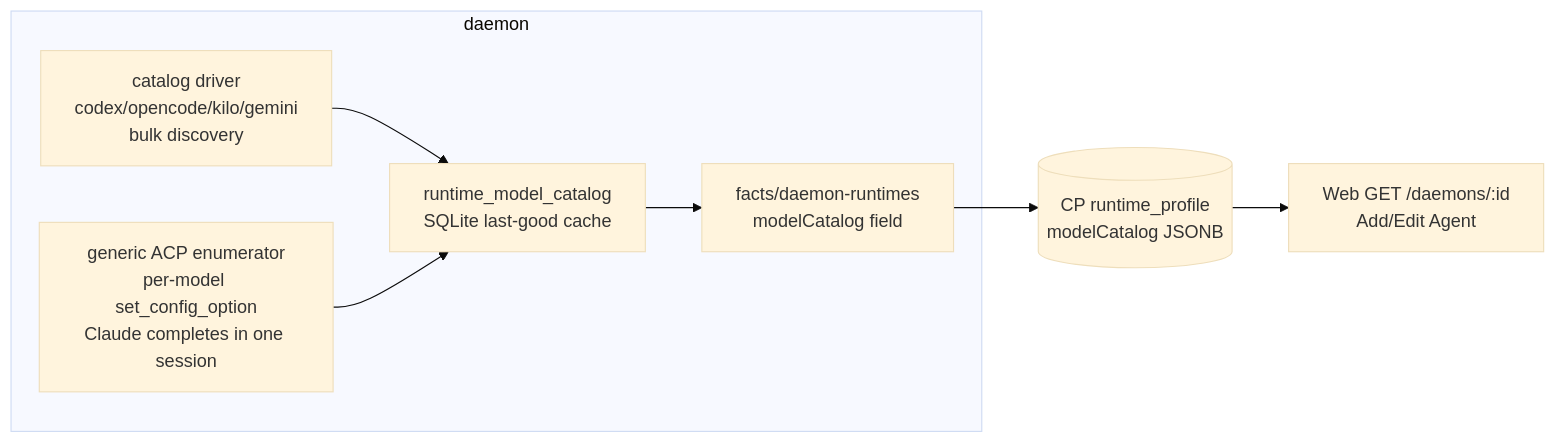
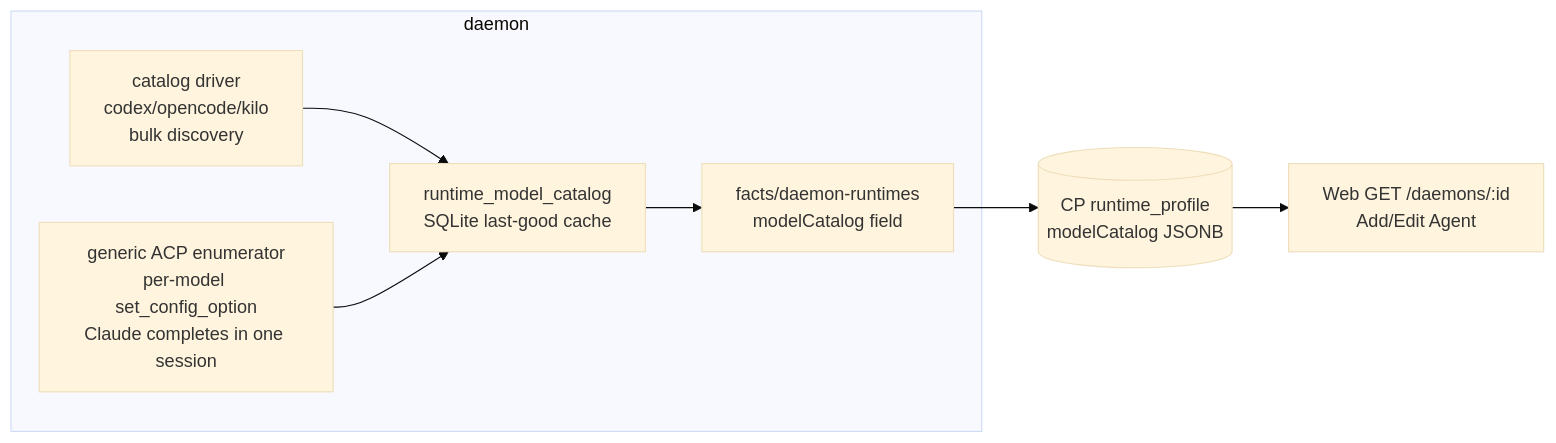
One commit to agentconnect-md/agentconnect changed the first of 2 diagrams in docs/designs/runtime-model-catalog.md. Above: the diagram before and after it, drawn with Mermaid (base theme). The commit also changed other lines of this file and 26 other files, not shown here.

````diff
--- a/docs/designs/runtime-model-catalog.md
+++ b/docs/designs/runtime-model-catalog.md
@@ -77,10 +77,10 @@
 ```mermaid
 flowchart LR
   subgraph daemon
-    D1[catalog driver<br/>codex/opencode/kilo/gemini<br/>bulk discovery] --> M
+    D1[catalog driver<br/>codex/opencode/kilo<br/>bulk discovery] --> M
     D2[generic ACP enumerator<br/>per-model set_config_option<br/>Claude completes in one session] --> M
     M[runtime_model_catalog<br/>SQLite last-good cache] --> R[facts/daemon-runtimes<br/>modelCatalog field]
   end
   R --> CP[(CP runtime_profile<br/>modelCatalog JSONB)]
   CP --> W[Web GET /daemons/:id<br/>Add/Edit Agent]
 ```
````
